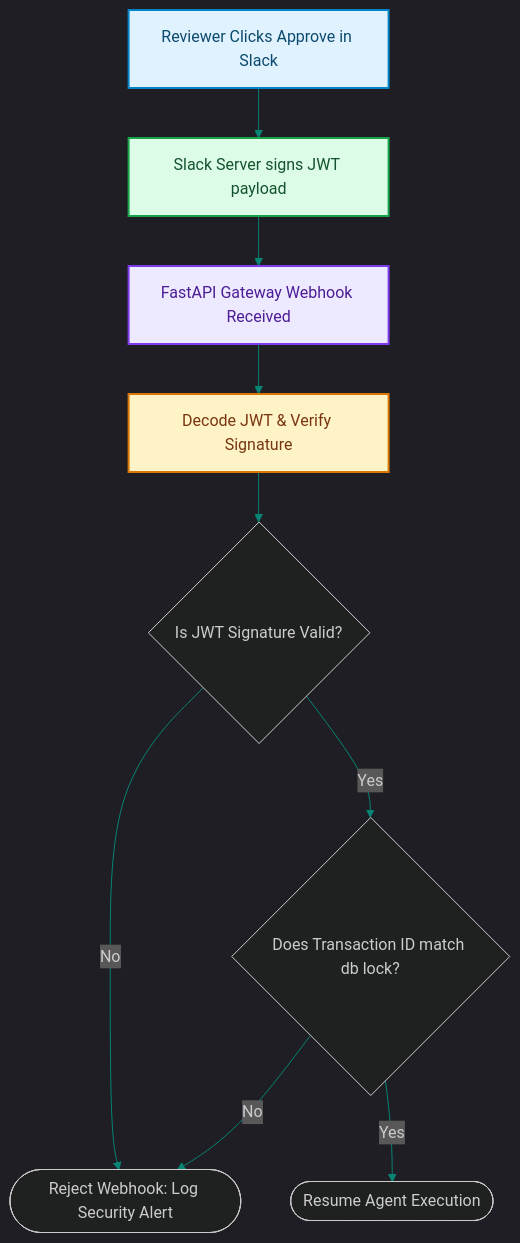
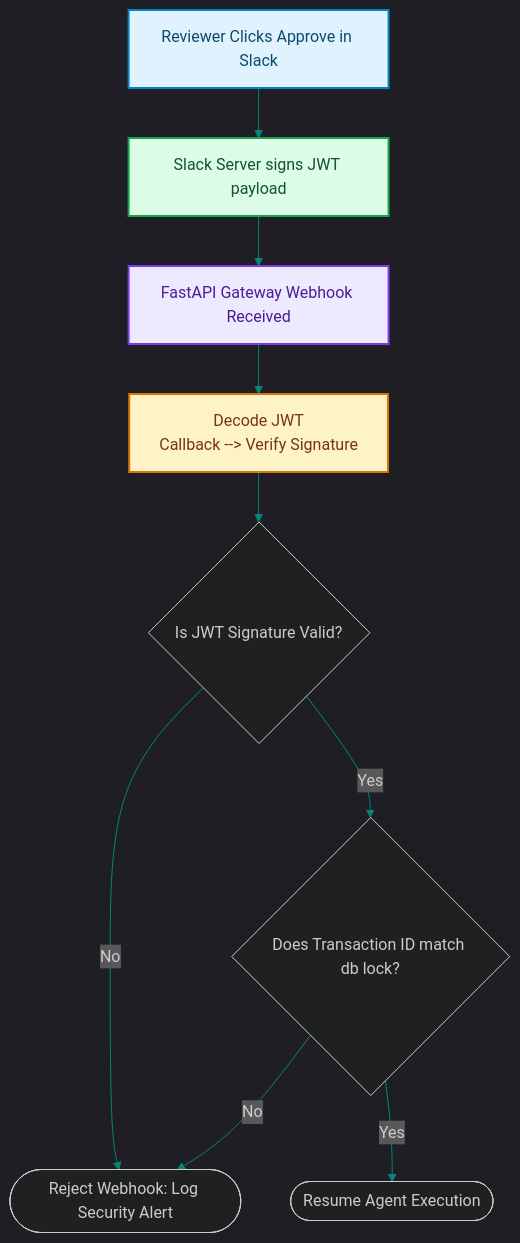
One commit to akmalkhaniub/akmalkhaniub.github.io changed the diagram in blog/posts/hitl-state-machine-jwt-verified-approval-gates.md. Above: the diagram before and after it, drawn with Mermaid. The commit also changed other lines of this file and 894 other files, not shown here.

Commit message:
feat(blog): upgrade all 444 posts with unique staggered dates, 2-col Mermaid spines, benchmark tables, code blocks, and trade-offs

````diff
--- a/blog/posts/hitl-state-machine-jwt-verified-approval-gates.md
+++ b/blog/posts/hitl-state-machine-jwt-verified-approval-gates.md
@@ -18,25 +18,26 @@
 ```mermaid
 %%{init: {'theme': 'dark', 'themeVariables': { 'primaryColor': '#088574', 'primaryTextColor': '#f3f4f6', 'primaryBorderColor': '#0db49b', 'lineColor': '#088574', 'secondaryColor': '#111827', 'tertiaryColor': '#0b0f19'}}}%%
 flowchart TD
     Click["Reviewer Clicks Approve in Slack"] --> Slack["Slack Server signs JWT payload"]
     Slack --> Callback["FastAPI Gateway Webhook Received"]
     
-    Callback --> Decode["Decode JWT & Verify Signature"]
+    Callback --> Decode["Decode JWT
+    Callback --> Verify Signature"]
     Decode --> Validate{Is JWT Signature Valid?}
     
     Validate -->|No| Reject([Reject Webhook: Log Security Alert])
     Validate -->|Yes| Match{Does Transaction ID match db lock?}
     
     Match -->|No| Reject
     Match -->|Yes| Resume([Resume Agent Execution])
 
 classDef green fill:#dcfce7,stroke:#16a34a,stroke-width:2px,color:#14532d;
 classDef red fill:#fee2e2,stroke:#dc2626,stroke-width:2px,color:#7f1d1d;
 classDef blue fill:#e0f2fe,stroke:#0284c7,stroke-width:2px,color:#0c4a6e;
 classDef yellow fill:#fef3c7,stroke:#d97706,stroke-width:2px,color:#78350f;
 classDef purple fill:#ede9fe,stroke:#7c3aed,stroke-width:2px,color:#4c1d95;
 class Click blue
 class Slack green
 class Callback purple
 class Decode yellow
 ```
````
